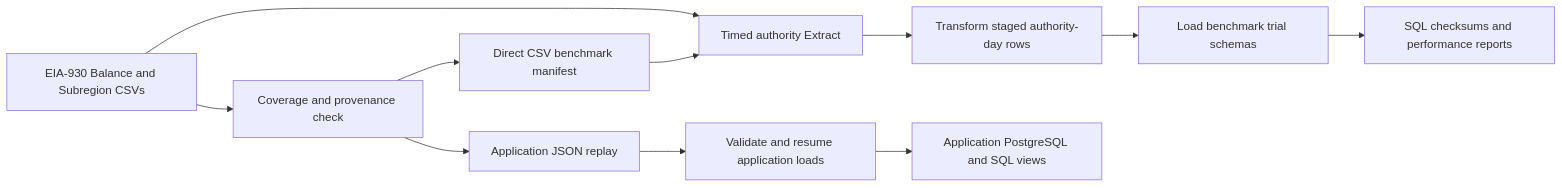
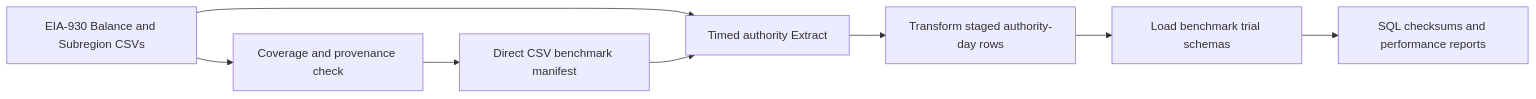
The diagram in docs/ARCHITECTURE.md (burtonjong/seng550-final-project), drawn with Mermaid before and after one commit. The commit also changed other lines of this file and 27 other files, not shown here.

````diff
--- a/docs/ARCHITECTURE.md
+++ b/docs/ARCHITECTURE.md
@@ -5,14 +5,10 @@
 ```mermaid
 flowchart LR
     CSV["EIA-930 Balance and Subregion CSVs"] --> Prep["Coverage and provenance check"]
     Prep --> Manifest["Direct CSV benchmark manifest"]
     CSV --> Extract["Timed authority Extract"]
     Manifest --> Extract
     Extract --> Transform["Transform staged authority-day rows"]
     Transform --> Benchmark["Load benchmark trial schemas"]
     Benchmark --> Reports["SQL checksums and performance reports"]
-
-    Prep --> Replay["Application JSON replay"]
-    Replay --> App["Validate and resume application loads"]
-    App --> Views["Application PostgreSQL and SQL views"]
 ```
````
